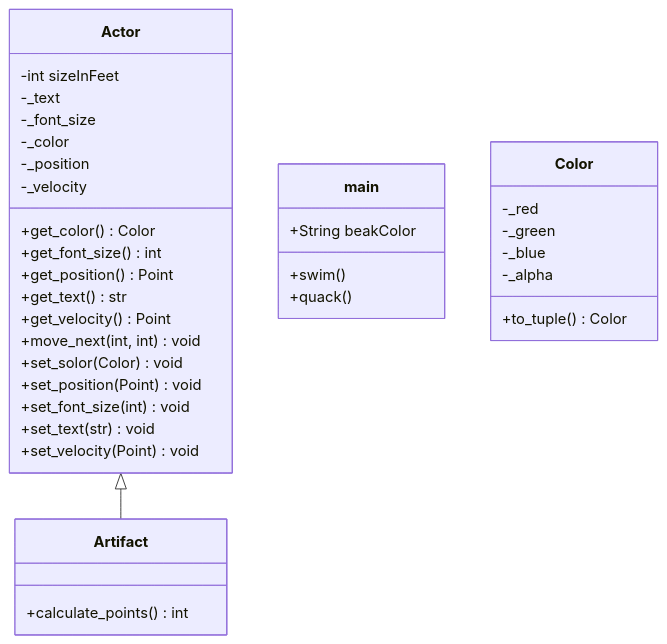
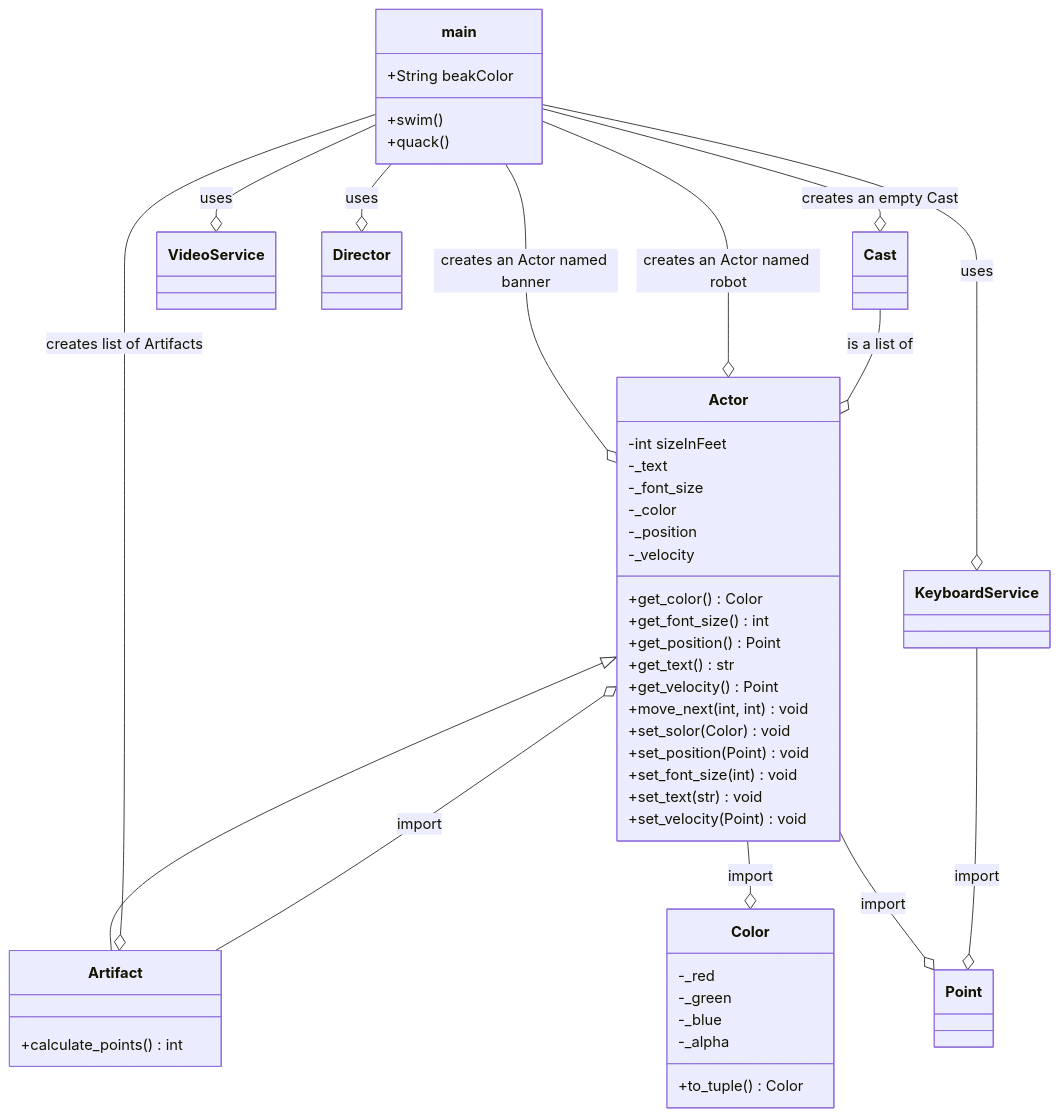
The diagram in greed/README.md (sowbyspencer/cse210-04), drawn with Mermaid before and after one commit.

````diff
--- a/greed/README.md
+++ b/greed/README.md
@@ -31,38 +31,65 @@
 ```mermaid
 classDiagram
 Actor <|-- Artifact
 class __main__{
   +String beakColor
   +swim()
   +quack()
   }
 class Actor{
   -int sizeInFeet
   -_text
   -_font_size
   -_color
   -_position
   -_velocity
   +get_color()Color
   +get_font_size()int
   +get_position()Point
   +get_text()str
   +get_velocity()Point
   +move_next(int, int)void
   +set_solor(Color)void
   +set_position(Point)void
   +set_font_size(int)void
   +set_text(str)void
   +set_velocity(Point)void
   }
 class Artifact{
   +calculate_points()int
   }
 class Color{
   -_red
   -_green
   -_blue
   -_alpha
   +to_tuple()Color
 }
+class Cast{
+  
+}
+class Point{
+  
+}
+class KeyboardService{
+  
+}
+class VideoService{
+  
+}
+class Director{
+  
+}
+__main__ --o Cast : creates an empty Cast
+__main__ --o Actor : creates an Actor named banner
+__main__ --o Actor : creates an Actor named robot
+__main__ --o Artifact : creates list of Artifacts
+Actor --o Color : import
+Actor --o Point : import
+Artifact --o Actor : import
+Cast --o Actor : is a list of
+KeyboardService --o Point : import
+__main__ --o KeyboardService : uses
+__main__ --o VideoService : uses
+__main__ --o Director : uses
 ```
````
